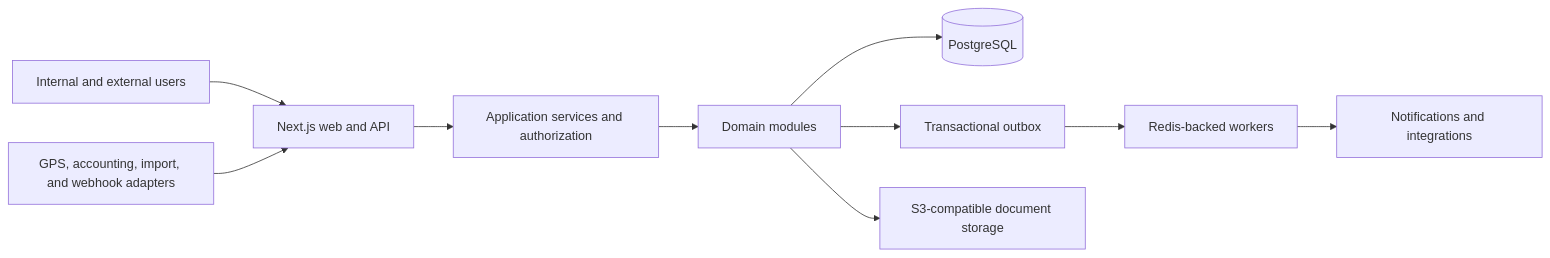
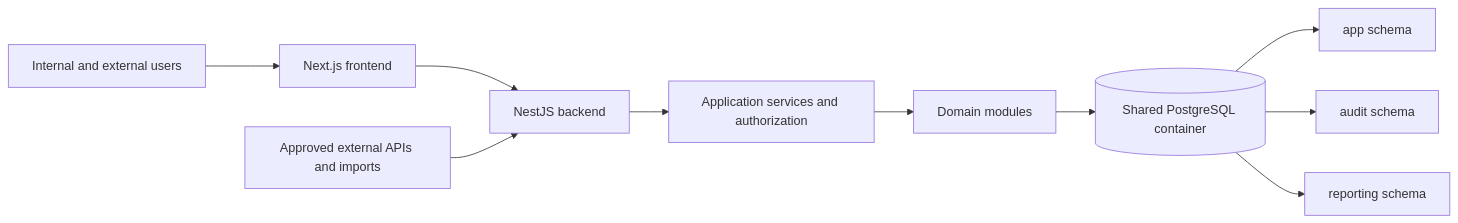
The diagram in docs/ARCHITECTURE.md (arpanm/logistics-management), drawn with Mermaid before and after one commit. The commit also changed other lines of this file and 39 other files, not shown here.

Commit message:
chore(sdlc): use shared PostgreSQL baseline

````diff
--- a/docs/ARCHITECTURE.md
+++ b/docs/ARCHITECTURE.md
@@ -7,12 +13,12 @@
 ```mermaid
 flowchart LR
-    U["Internal and external users"] --> W["Next.js web and API"]
-    W --> A["Application services and authorization"]
+    U["Internal and external users"] --> F["Next.js frontend"]
+    F --> B["NestJS backend"]
+    E["Approved external APIs and imports"] --> B
+    B --> A["Application services and authorization"]
     A --> D["Domain modules"]
-    D --> P[("PostgreSQL")]
-    D --> O["Transactional outbox"]
-    O --> Q["Redis-backed workers"]
-    Q --> X["Notifications and integrations"]
-    D --> S["S3-compatible document storage"]
-    E["GPS, accounting, import, and webhook adapters"] --> W
+    D --> P[("Shared PostgreSQL container")]
+    P --> S1["app schema"]
+    P --> S2["audit schema"]
+    P --> S3["reporting schema"]
 ```
````
